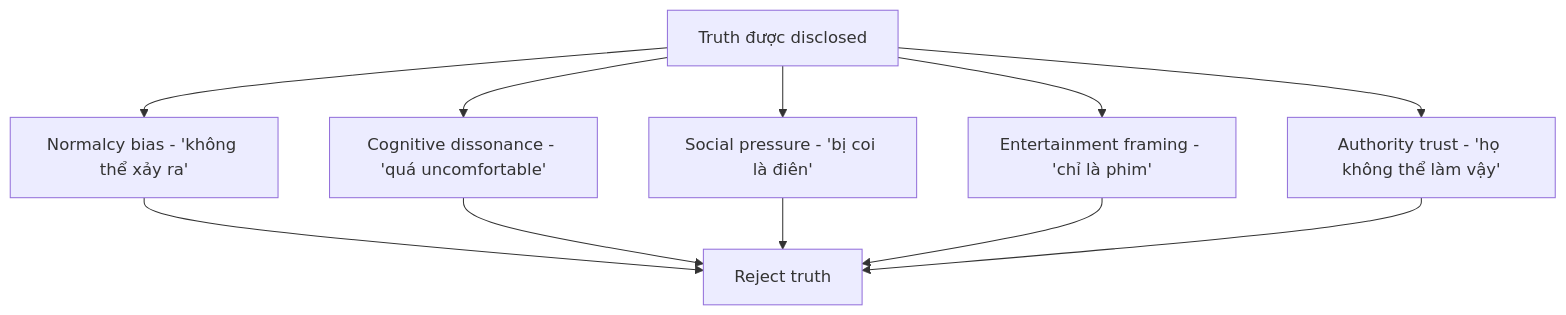
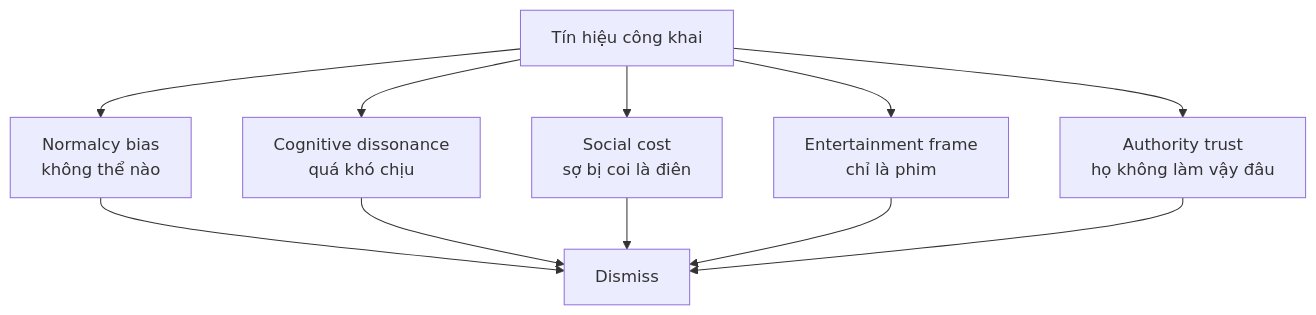
One commit to dyukahi/knowledge changed the second of 2 diagrams in esoterica/Karma Disclosure - Truth Hidden In Plain Sight.md. Above: the diagram before and after it, drawn with Mermaid. The commit also changed other lines of this file and 6 other files, not shown here.

````diff
--- a/esoterica/Karma Disclosure - Truth Hidden In Plain Sight.md
+++ b/esoterica/Karma Disclosure - Truth Hidden In Plain Sight.md
@@ -141,16 +107,16 @@
 ```mermaid
 flowchart TD
-    T[Truth được disclosed]
-    B1[Normalcy bias - 'không thể xảy ra']
-    B2[Cognitive dissonance - 'quá uncomfortable']
-    B3[Social pressure - 'bị coi là điên']
-    B4[Entertainment framing - 'chỉ là phim']
-    B5[Authority trust - 'họ không thể làm vậy']
-    R[Reject truth]
-    
+    T["Tín hiệu công khai"]
+    B1["Normalcy bias<br/>không thể nào"]
+    B2["Cognitive dissonance<br/>quá khó chịu"]
+    B3["Social cost<br/>sợ bị coi là điên"]
+    B4["Entertainment frame<br/>chỉ là phim"]
+    B5["Authority trust<br/>họ không làm vậy đâu"]
+    R["Dismiss"]
+
     T --> B1 --> R
     T --> B2 --> R
     T --> B3 --> R
     T --> B4 --> R
     T --> B5 --> R
 ```
````
